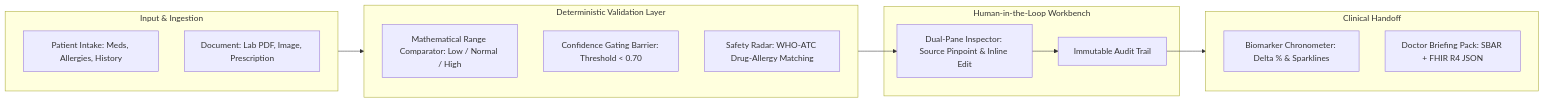
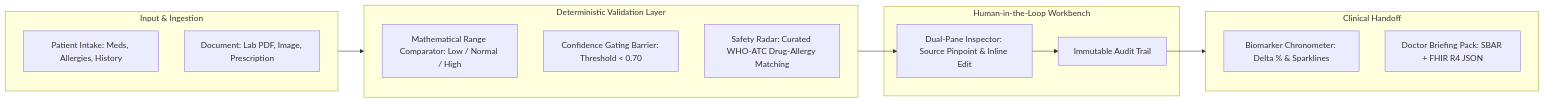
One commit to kritishreddy72-jpg/medlens changed the diagram in docs/CLINICAL_EVALUATION_REPORT.md. Above: the diagram before and after it, drawn with Mermaid. The commit also changed other lines of this file and 12 other files, not shown here.

````diff
--- a/docs/CLINICAL_EVALUATION_REPORT.md
+++ b/docs/CLINICAL_EVALUATION_REPORT.md
@@ -22,28 +22,28 @@
 ```mermaid
 flowchart LR
     subgraph Ingestion["Input & Ingestion"]
         In1[Patient Intake: Meds, Allergies, History]
         In2[Document: Lab PDF, Image, Prescription]
     end
 
     subgraph CoreEngine["Deterministic Validation Layer"]
         Eng1[Mathematical Range Comparator: Low / Normal / High]
         Eng2[Confidence Gating Barrier: Threshold < 0.70]
-        Eng3[Safety Radar: WHO-ATC Drug-Allergy Matching]
+        Eng3[Safety Radar: Curated WHO-ATC Drug-Allergy Matching]
     end
 
     subgraph HITL["Human-in-the-Loop Workbench"]
         Dual[Dual-Pane Inspector: Source Pinpoint & Inline Edit]
         Audit[Immutable Audit Trail]
     end
 
     subgraph Output["Clinical Handoff"]
         Chrono[Biomarker Chronometer: Delta % & Sparklines]
         SBAR[Doctor Briefing Pack: SBAR + FHIR R4 JSON]
     end
 
     Ingestion --> CoreEngine
     CoreEngine --> Dual
     Dual --> Audit
     Audit --> Output
 ```
````
